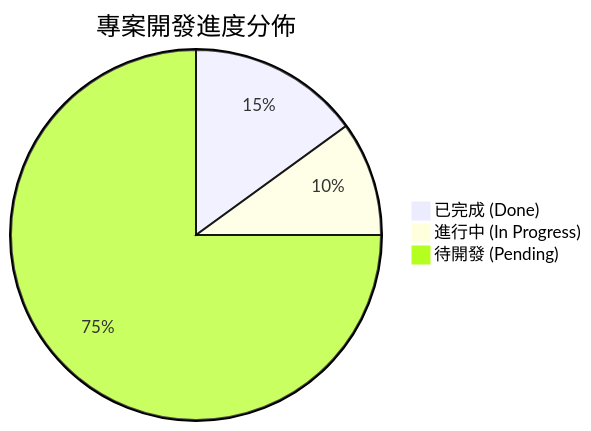
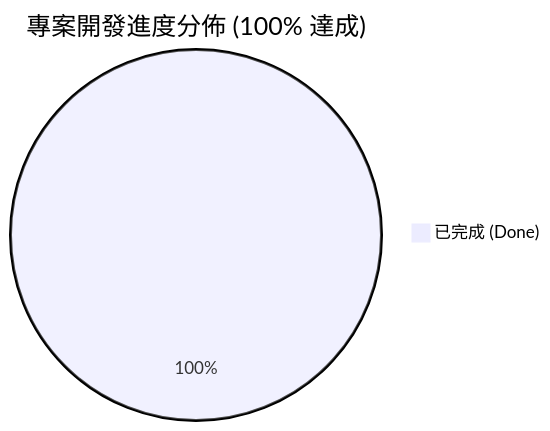
One commit to pppeee861005/local-invoice-warranty-webapp changed the diagram in 開發進度追蹤表.md. Above: the diagram before and after it, drawn with Mermaid. The commit also changed other lines of this file and 1 other file, not shown here.

````diff
--- a/開發進度追蹤表.md
+++ b/開發進度追蹤表.md
@@ -11,6 +13,4 @@
 ```mermaid
-pie title 專案開發進度分佈
-    "已完成 (Done)" : 15
-    "進行中 (In Progress)" : 10
-    "待開發 (Pending)" : 75
+pie title 專案開發進度分佈 (100% 達成)
+    "已完成 (Done)" : 100
 ```
````
